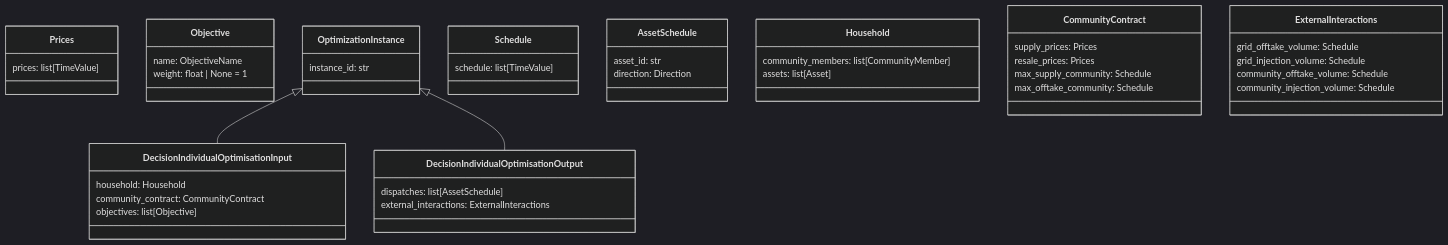
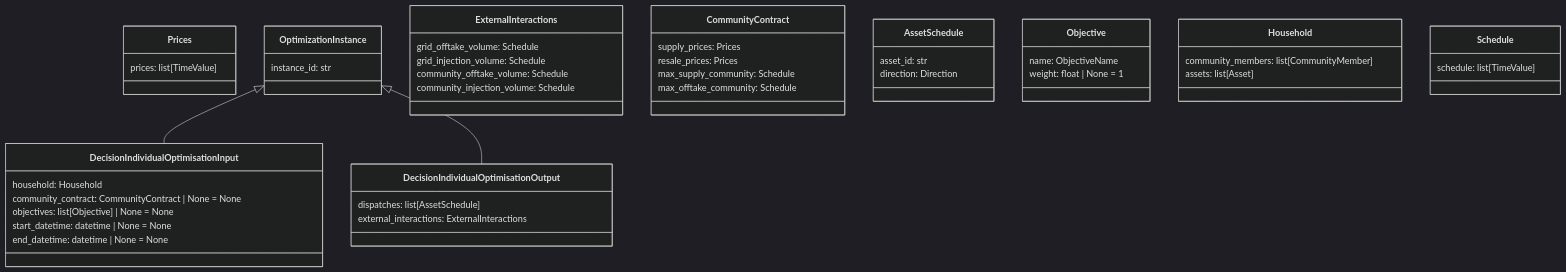
The diagram in doc/mermaid_charts/individual_portfolio_optimisation_dto.md (U2DemoProject/AlgorithmDTOsWP4T1), drawn with Mermaid (dark theme) before and after one commit. The commit also changed 31 other files, not shown here.

Commit message:
Update DTO source code, HTLM and Mermaids based on D4.1 deliverable.

````diff
--- a/doc/mermaid_charts/individual_portfolio_optimisation_dto.md
+++ b/doc/mermaid_charts/individual_portfolio_optimisation_dto.md
@@ -1,60 +1,62 @@
 ```mermaid
 classDiagram
 
     class Prices {
         prices: list[TimeValue]
     }
 
-    class Objective {
-        name: ObjectiveName
-        weight: float | None = 1
-    }
-
-    class DecisionIndividualOptimisationInput {
-        household: Household
-        community_contract: CommunityContract
-        objectives: list[Objective]
-    }
-
     class OptimizationInstance {
         instance_id: str
     }
 
-    class Schedule {
-        schedule: list[TimeValue]
+    class ExternalInteractions {
+        grid_offtake_volume: Schedule
+        grid_injection_volume: Schedule
+        community_offtake_volume: Schedule
+        community_injection_volume: Schedule
     }
 
-    class AssetSchedule {
-        asset_id: str
-        direction: Direction
-    }
-
-    class Household {
-        community_members: list[CommunityMember]
-        assets: list[Asset]
+    class DecisionIndividualOptimisationOutput {
+        dispatches: list[AssetSchedule]
+        external_interactions: ExternalInteractions
     }
 
     class CommunityContract {
         supply_prices: Prices
         resale_prices: Prices
         max_supply_community: Schedule
         max_offtake_community: Schedule
     }
 
-    class DecisionIndividualOptimisationOutput {
-        dispatches: list[AssetSchedule]
-        external_interactions: ExternalInteractions
+    class AssetSchedule {
+        asset_id: str
+        direction: Direction
     }
 
-    class ExternalInteractions {
-        grid_offtake_volume: Schedule
-        grid_injection_volume: Schedule
-        community_offtake_volume: Schedule
-        community_injection_volume: Schedule
+    class Objective {
+        name: ObjectiveName
+        weight: float | None = 1
+    }
+
+    class Household {
+        community_members: list[CommunityMember]
+        assets: list[Asset]
+    }
+
+    class DecisionIndividualOptimisationInput {
+        household: Household
+        community_contract: CommunityContract | None = None
+        objectives: list[Objective] | None = None
+        start_datetime: datetime | None = None
+        end_datetime: datetime | None = None
+    }
+
+    class Schedule {
+        schedule: list[TimeValue]
     }
 
 
     OptimizationInstance <|-- DecisionIndividualOptimisationInput
     OptimizationInstance <|-- DecisionIndividualOptimisationOutput
 
 ```
````
